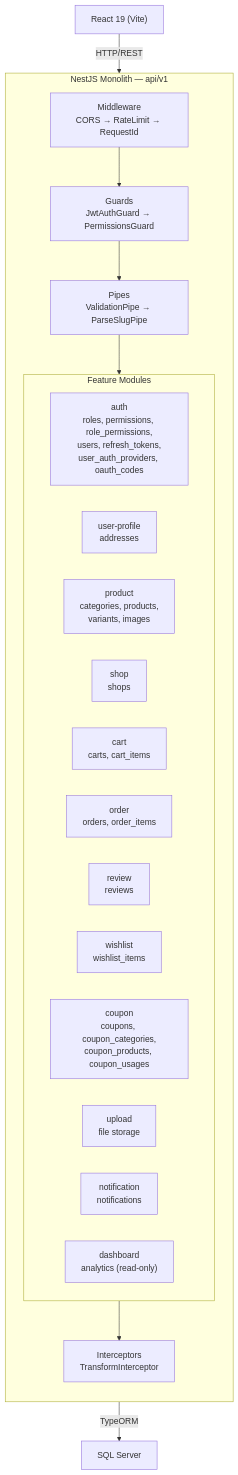
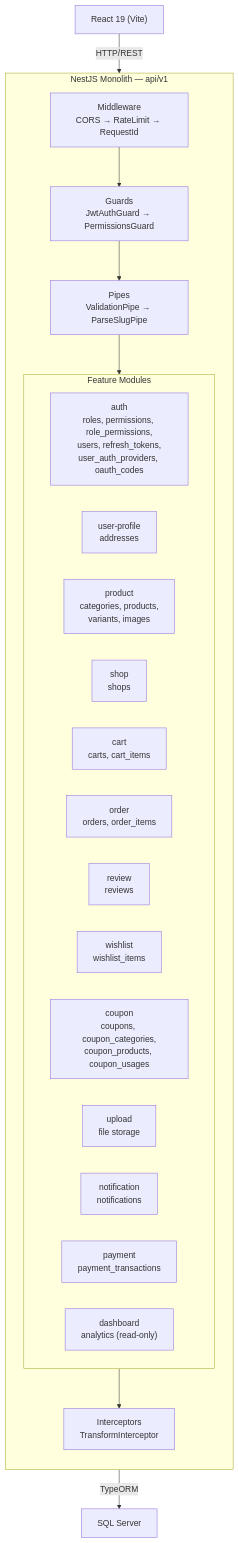
Before and after one commit to Hy-Khang/E-commerce-shop-Amazon-: the first of 3 diagrams in backend-nestjs/docs/BE-ARCHITECTURE.md, drawn with Mermaid. The commit also changed other lines of this file and 46 other files, not shown here.

````diff
--- a/backend-nestjs/docs/BE-ARCHITECTURE.md
+++ b/backend-nestjs/docs/BE-ARCHITECTURE.md
@@ -5,30 +5,31 @@
 ```mermaid
 graph TB
     Client["React 19 (Vite)"] -->|HTTP/REST| API["NestJS API Monolith"]
     API -->|TypeORM| DB["SQL Server"]
 
     subgraph API["NestJS Monolith — api/v1"]
         direction TB
         MW["Middleware<br/>CORS → RateLimit → RequestId"]
         MW --> Guards["Guards<br/>JwtAuthGuard → PermissionsGuard"]
         Guards --> Pipes["Pipes<br/>ValidationPipe → ParseSlugPipe"]
         Pipes --> Features
 
         subgraph Features["Feature Modules"]
             Auth["auth<br/>roles, permissions, role_permissions,<br/>users, refresh_tokens,<br/>user_auth_providers, oauth_codes"]
             UP["user-profile<br/>addresses"]
             Prod["product<br/>categories, products,<br/>variants, images"]
             Shop["shop<br/>shops"]
             Cart["cart<br/>carts, cart_items"]
             Order["order<br/>orders, order_items"]
             Review["review<br/>reviews"]
             Wishlist["wishlist<br/>wishlist_items"]
             Coupon["coupon<br/>coupons, coupon_categories,<br/>coupon_products, coupon_usages"]
             Upload["upload<br/>file storage"]
             Notification["notification<br/>notifications"]
+            Payment["payment<br/>payment_transactions"]
             Dashboard["dashboard<br/>analytics (read-only)"]
         end
 
         Features --> INT["Interceptors<br/>TransformInterceptor"]
     end
 ```
````
